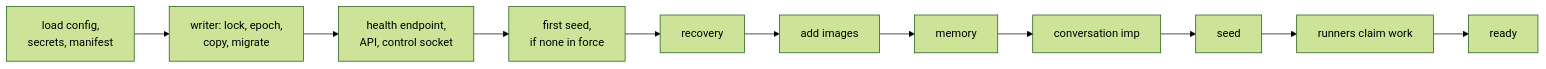
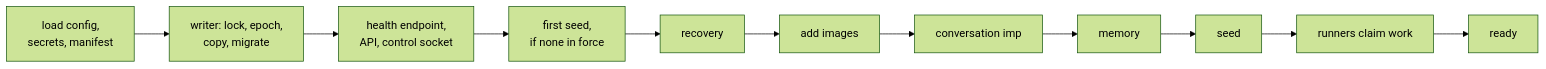
One commit to zgeoff/nixie changed the diagram in docs/architecture/deployment/server.md. Above: the diagram before and after it, drawn with Mermaid (forest theme). The commit also changed other lines of this file and 97 other files, not shown here.

````diff
--- a/docs/architecture/deployment/server.md
+++ b/docs/architecture/deployment/server.md
@@ -42,8 +42,8 @@
 ```mermaid
 flowchart LR
   L["load config,<br>secrets, manifest"] --> W["writer: lock, epoch,<br>copy, migrate"]
   W --> H["health endpoint,<br>API, control socket"]
   H --> S0["first seed,<br>if none in force"]
-  S0 --> R["recovery"] --> I["add images"] --> M["memory"] --> C["conversation imp"]
-  C --> S["seed"] --> RU["runners claim work"] --> Y["ready"]
+  S0 --> R["recovery"] --> I["add images"] --> C["conversation imp"] --> M["memory"]
+  M --> S["seed"] --> RU["runners claim work"] --> Y["ready"]
 ```
````
